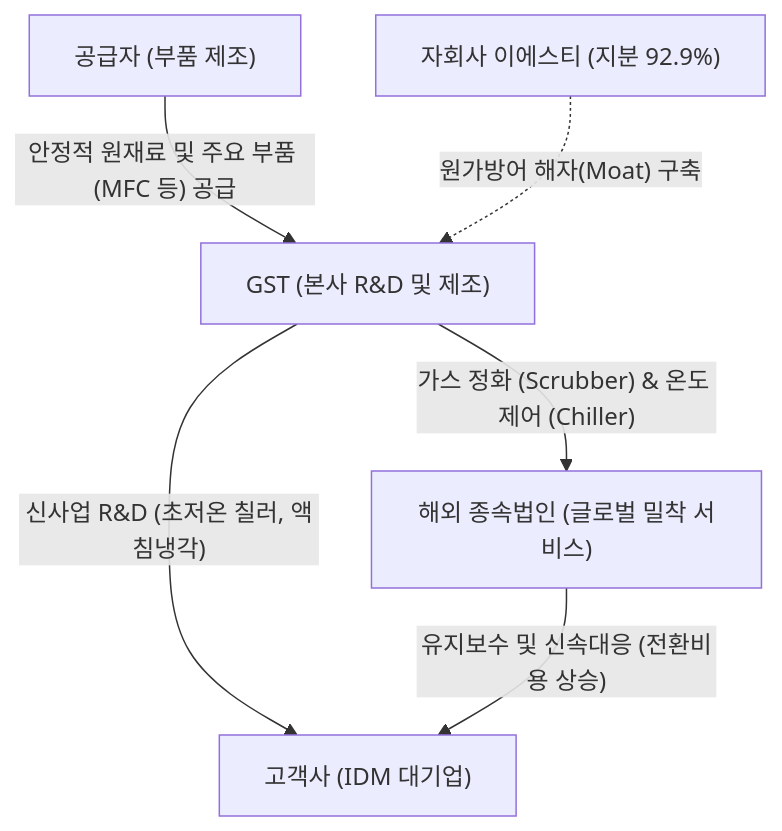
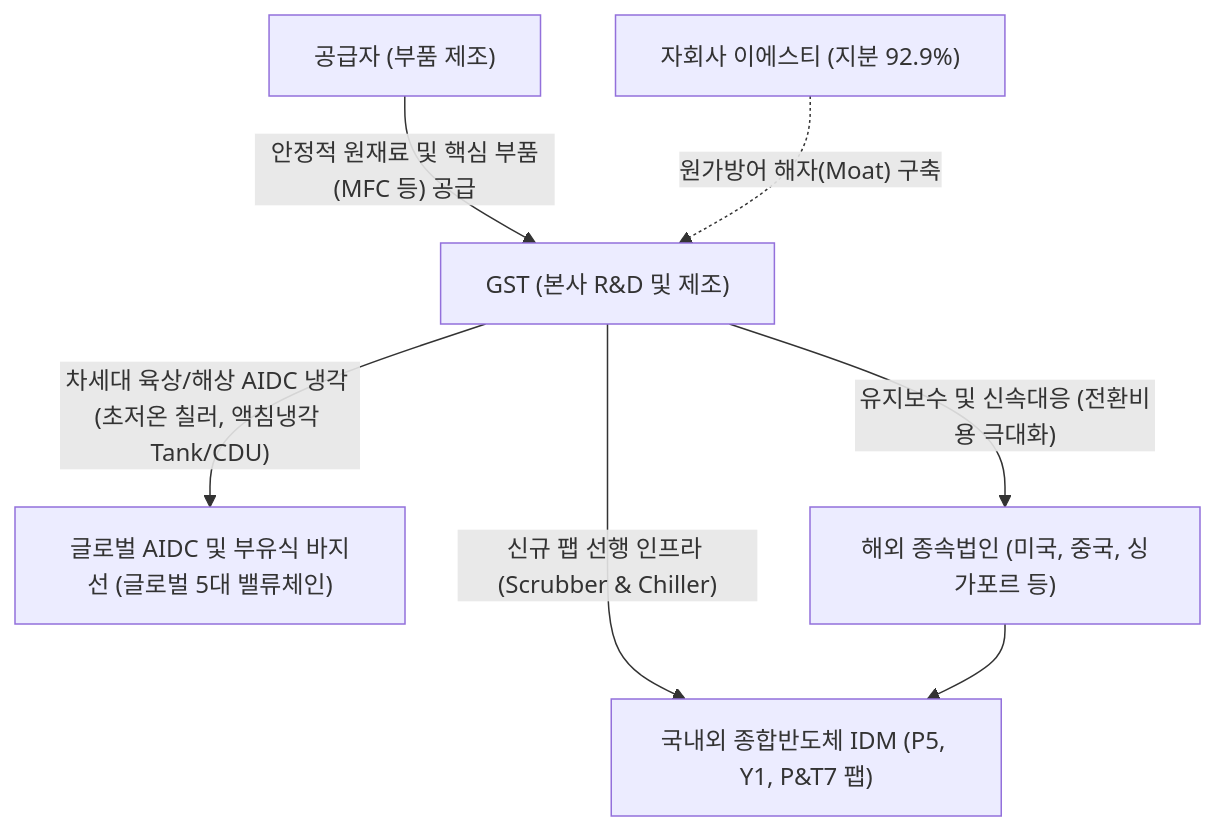
One commit to eve830521-cmd/my-skill changed the diagram in Stock_Research/GST/3_Final_Reports/Phase1_Report.md. Above: the diagram before and after it, drawn with Mermaid. The commit also changed other lines of this file and 127 other files, not shown here.

````diff
--- a/Stock_Research/GST/3_Final_Reports/Phase1_Report.md
+++ b/Stock_Research/GST/3_Final_Reports/Phase1_Report.md
@@ -9,8 +16,9 @@
 ```mermaid
 graph TD
-    A["공급자 (부품 제조)"] -->|"안정적 원재료 및 주요 부품 (MFC 등) 공급"| B["GST (본사 R&D 및 제조)"]
+    A["공급자 (부품 제조)"] -->|"안정적 원재료 및 핵심 부품(MFC 등) 공급"| B["GST (본사 R&D 및 제조)"]
     A1["자회사 이에스티 (지분 92.9%)"] -. "원가방어 해자(Moat) 구축" .-> B
-    B -->|"가스 정화 (Scrubber) & 온도 제어 (Chiller)"| C["해외 종속법인 (글로벌 밀착 서비스)"]
-    B -->|"신사업 R&D (초저온 칠러, 액침냉각)"| D["고객사 (IDM 대기업)"]
-    C -->|"유지보수 및 신속대응 (전환비용 상승)"| D
+    B -->|"신규 팹 선행 인프라 (Scrubber & Chiller)"| D["국내외 종합반도체 IDM (P5, Y1, P&T7 팹)"]
+    B -->|"차세대 육상/해상 AIDC 냉각 (초저온 칠러, 액침냉각 Tank/CDU)"| E["글로벌 AIDC 및 부유식 바지선 (글로벌 5대 밸류체인)"]
+    B -->|"유지보수 및 신속대응 (전환비용 극대화)"| C["해외 종속법인 (미국, 중국, 싱가포르 등)"]
+    C --> D
 ```
````
